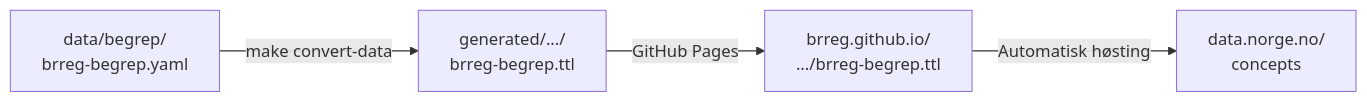
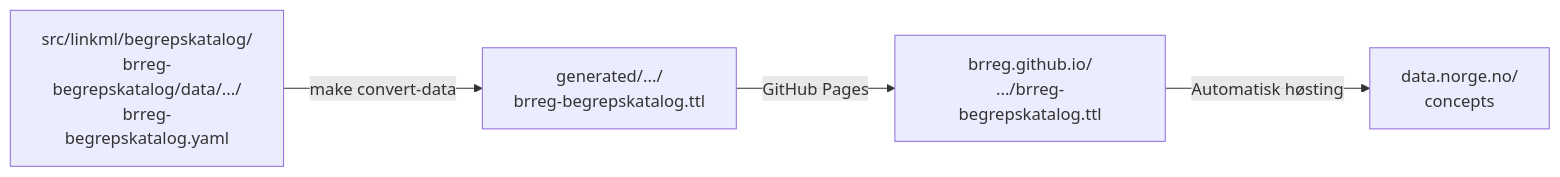
One commit to brreg/linkml-datamodellering-no changed the diagram in mkdocs/docs/publisering-begrep.md. Above: the diagram before and after it, drawn with Mermaid. The commit also changed other lines of this file and 31 other files, not shown here.

Commit message:
endrer katalognavn fra begrep til begrepskatalog og fra model til modellkatalog

````diff
--- a/mkdocs/docs/publisering-begrep.md
+++ b/mkdocs/docs/publisering-begrep.md
@@ -12,6 +12,6 @@
 ```mermaid
 flowchart LR
-    A["data/begrep/\nbrreg-begrep.yaml"] -->|make convert-data| B["generated/.../\nbrreg-begrep.ttl"]
-    B -->|GitHub Pages| C["brreg.github.io/\n.../brreg-begrep.ttl"]
+    A["src/linkml/begrepskatalog/\nbrreg-begrepskatalog/data/.../\nbrreg-begrepskatalog.yaml"] -->|make convert-data| B["generated/.../\nbrreg-begrepskatalog.ttl"]
+    B -->|GitHub Pages| C["brreg.github.io/\n.../brreg-begrepskatalog.ttl"]
     C -->|Automatisk høsting| D["data.norge.no/\nconcepts"]
 ```
````
